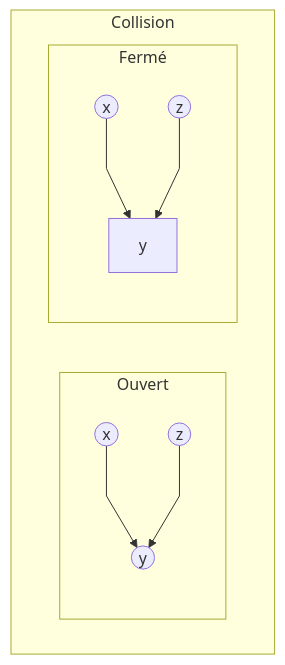
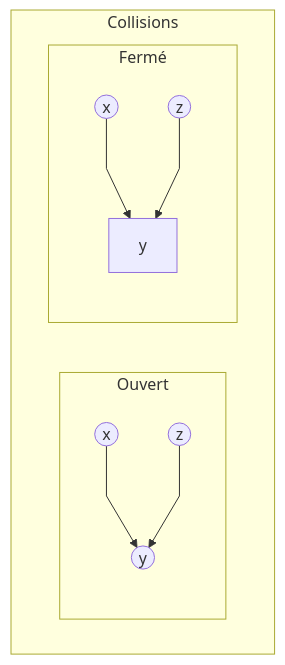
One commit to laurenceomfoisy/laurenceoliviermfoisy changed diagram 30 of 39 in presentation_goa/index.qmd. Above: the diagram before and after it, drawn with Mermaid. The commit also changed other lines of this file and 1 other file, not shown here.

````diff
--- a/presentation_goa/index.qmd
+++ b/presentation_goa/index.qmd
@@ -434,19 +495,19 @@
 ```{mermaid}
 
 %%{init: {'flowchart' : {'curve' : 'linear'}}}%%
 
 flowchart TD;
-    subgraph Collision
+    subgraph Collisions
 
     subgraph Ouvert
     x3((x)) --> y3((y));
     z3((z)) --> y3;
     end
 
     subgraph Fermé
     x4((x)) --> y4[y];
     z4((z)) --> y4;
     end
 
     end
 ```
````
